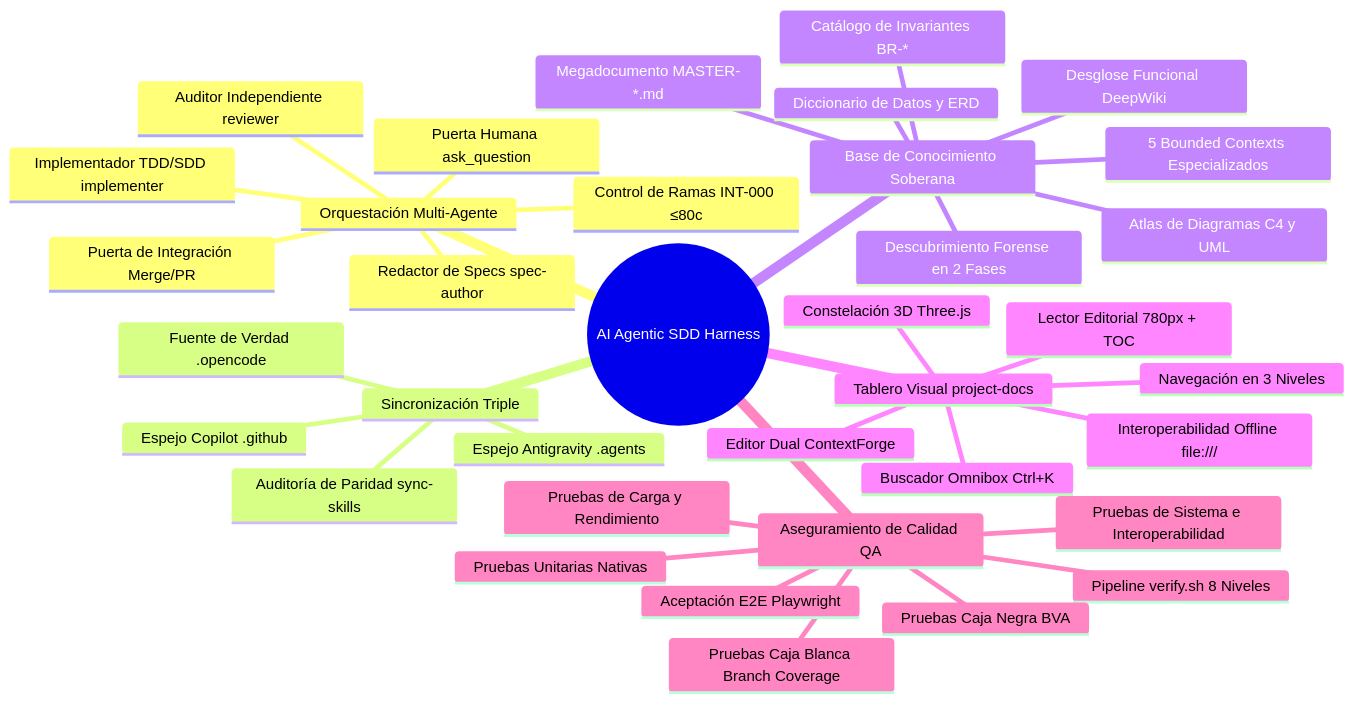
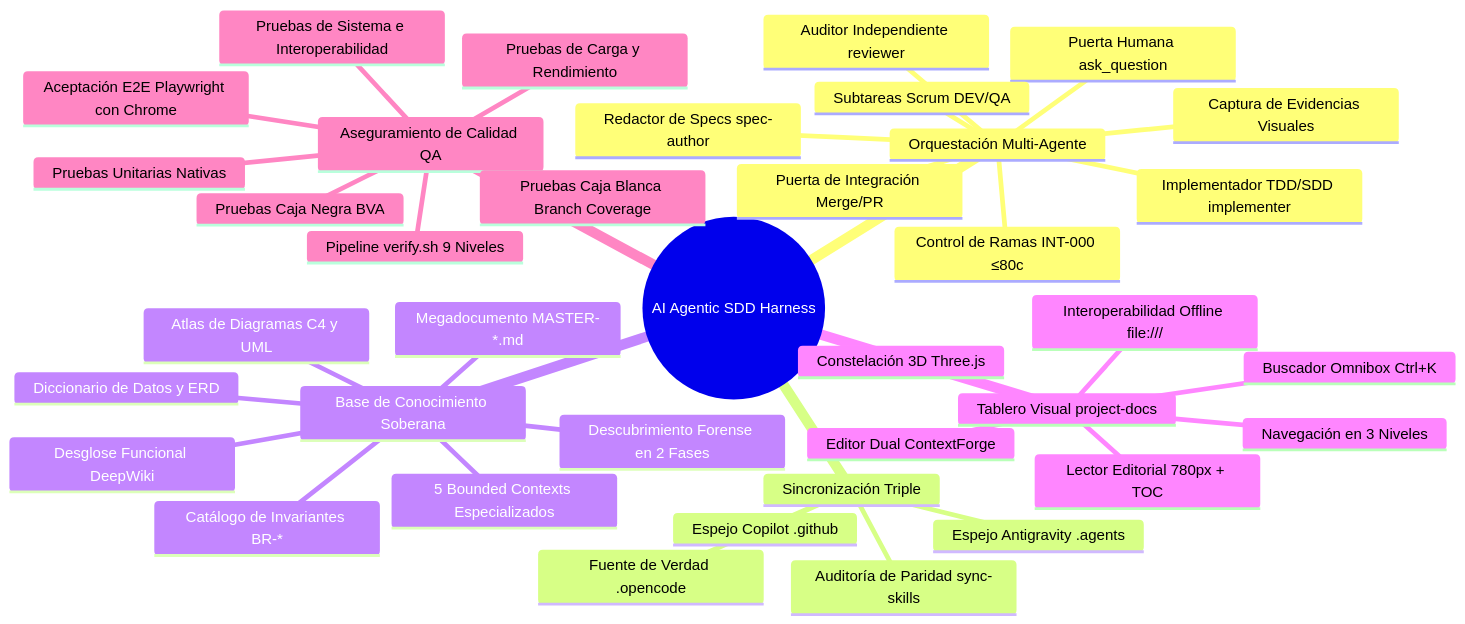
Before and after one commit to Nayid4/ContextForge: the first of 4 diagrams in project-docs/knowledge/03-capabilities-and-features.md, drawn with Mermaid. The commit also changed other lines of this file and 52 other files, not shown here.

````diff
--- a/project-docs/knowledge/03-capabilities-and-features.md
+++ b/project-docs/knowledge/03-capabilities-and-features.md
@@ -20,39 +20,41 @@
 ```mermaid
 mindmap
   root((AI Agentic SDD Harness))
     Orquestación Multi-Agente
       Control de Ramas INT-000 ≤80c
       Redactor de Specs spec-author
       Puerta Humana ask_question
       Implementador TDD/SDD implementer
       Auditor Independiente reviewer
+      Subtareas Scrum DEV/QA
+      Captura de Evidencias Visuales
       Puerta de Integración Merge/PR
     Sincronización Triple
       Fuente de Verdad .opencode
       Espejo Copilot .github
       Espejo Antigravity .agents
       Auditoría de Paridad sync-skills
     Base de Conocimiento Soberana
       Descubrimiento Forense en 2 Fases
       Atlas de Diagramas C4 y UML
       Catálogo de Invariantes BR-*
       Diccionario de Datos y ERD
       5 Bounded Contexts Especializados
       Megadocumento MASTER-*.md
       Desglose Funcional DeepWiki
     Tablero Visual project-docs
       Navegación en 3 Niveles
       Lector Editorial 780px + TOC
       Editor Dual ContextForge
       Buscador Omnibox Ctrl+K
       Constelación 3D Three.js
       Interoperabilidad Offline file:///
     Aseguramiento de Calidad QA
-      Pipeline verify.sh 8 Niveles
+      Pipeline verify.sh 9 Niveles
       Pruebas Unitarias Nativas
       Pruebas Caja Blanca Branch Coverage
       Pruebas Caja Negra BVA
       Pruebas de Sistema e Interoperabilidad
       Pruebas de Carga y Rendimiento
-      Aceptación E2E Playwright
+      Aceptación E2E Playwright con Chrome
 ```
````
